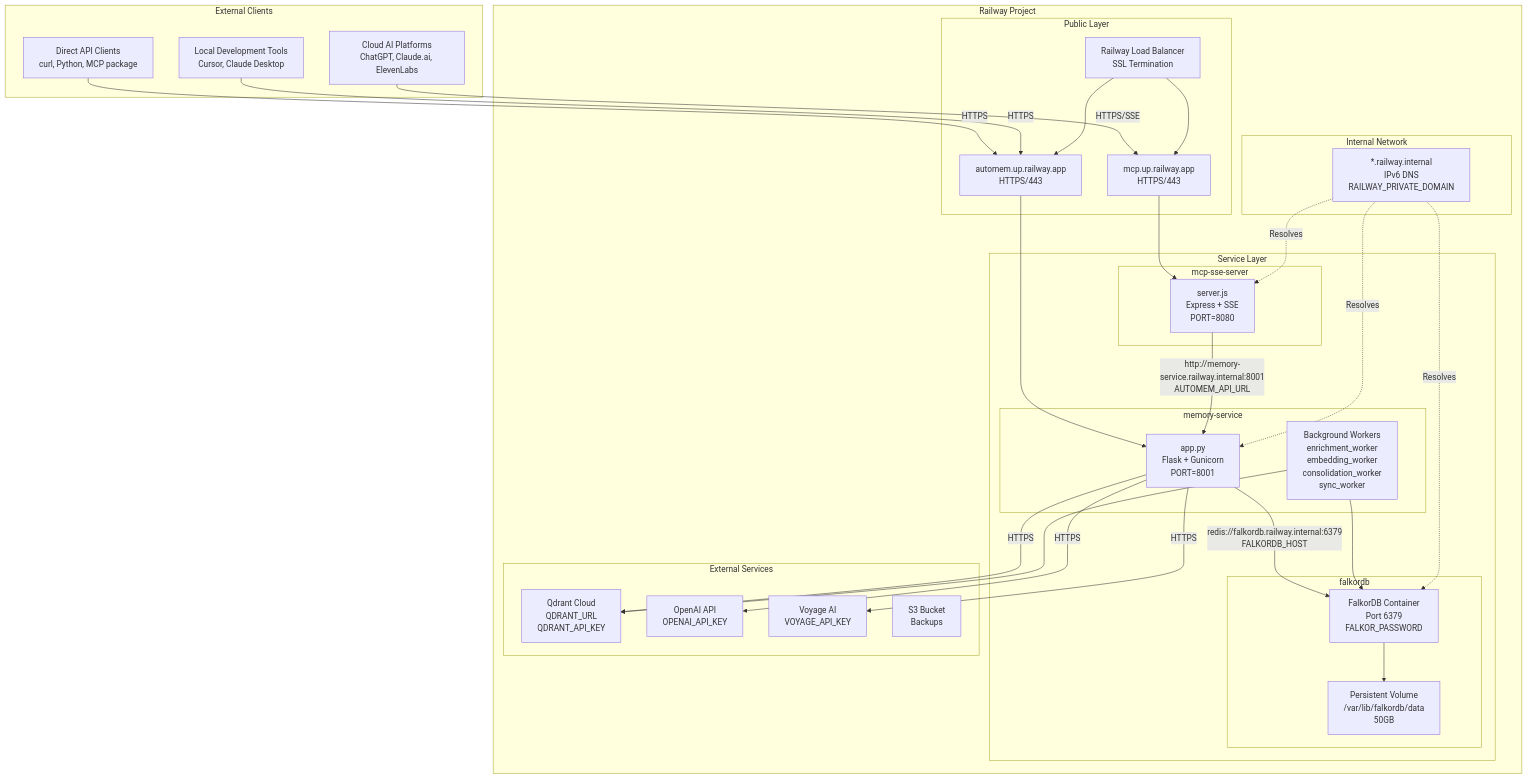
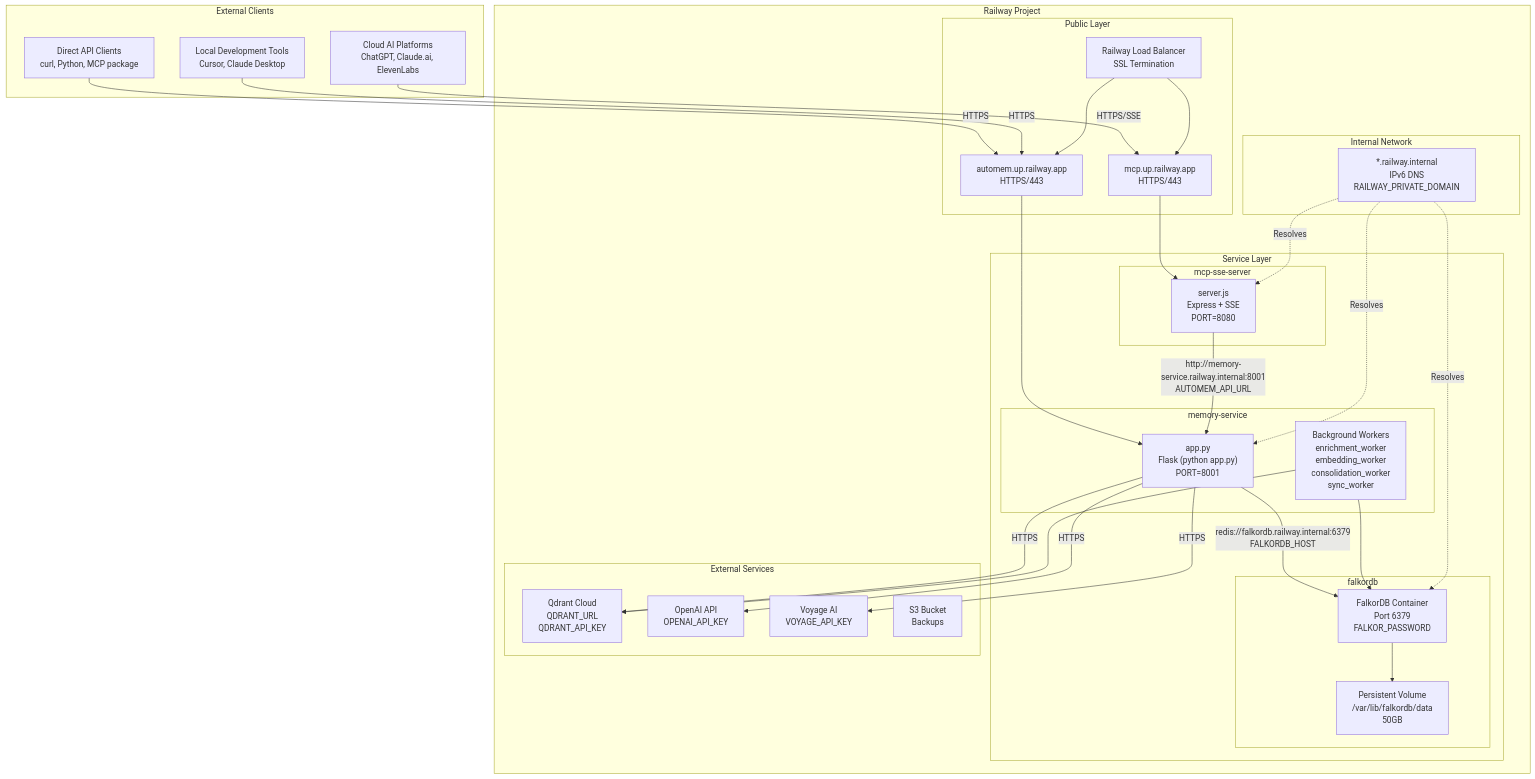
Before and after one commit to verygoodplugins/automem-website: the first of 3 diagrams in src/content/docs/docs/deployment/railway.md, drawn with Mermaid. The commit also changed other lines of this file, not shown here.

````diff
--- a/src/content/docs/docs/deployment/railway.md
+++ b/src/content/docs/docs/deployment/railway.md
@@ -18,68 +18,68 @@
 ```mermaid
 graph TB
     subgraph internet["External Clients"]
         DirectAPI["Direct API Clients<br/>curl, Python, MCP package"]
         CloudAI["Cloud AI Platforms<br/>ChatGPT, Claude.ai, ElevenLabs"]
         LocalTools["Local Development Tools<br/>Cursor, Claude Desktop"]
     end
 
     subgraph railway["Railway Project"]
         subgraph public["Public Layer"]
             Domain1["automem.up.railway.app<br/>HTTPS/443"]
             Domain2["mcp.up.railway.app<br/>HTTPS/443"]
             LB["Railway Load Balancer<br/>SSL Termination"]
         end
 
         subgraph services["Service Layer"]
             subgraph api["memory-service"]
-                FlaskApp["app.py<br/>Flask + Gunicorn<br/>PORT=8001"]
+                FlaskApp["app.py<br/>Flask (python app.py)<br/>PORT=8001"]
                 Workers["Background Workers<br/>enrichment_worker<br/>embedding_worker<br/>consolidation_worker<br/>sync_worker"]
             end
 
             subgraph mcp["mcp-sse-server"]
                 MCPBridge["server.js<br/>Express + SSE<br/>PORT=8080"]
             end
 
             subgraph db["falkordb"]
                 FalkorDB["FalkorDB Container<br/>Port 6379<br/>FALKOR_PASSWORD"]
                 Volume["Persistent Volume<br/>/var/lib/falkordb/data<br/>50GB"]
             end
         end
 
         subgraph networking["Internal Network"]
             DNS["*.railway.internal<br/>IPv6 DNS<br/>RAILWAY_PRIVATE_DOMAIN"]
         end
 
         subgraph external["External Services"]
             Qdrant["Qdrant Cloud<br/>QDRANT_URL<br/>QDRANT_API_KEY"]
             OpenAI["OpenAI API<br/>OPENAI_API_KEY"]
             Voyage["Voyage AI<br/>VOYAGE_API_KEY"]
             S3["S3 Bucket<br/>Backups"]
         end
     end
 
     DirectAPI -->|HTTPS| Domain1
     CloudAI -->|HTTPS/SSE| Domain2
     LocalTools -->|HTTPS| Domain1
 
     LB --> Domain1
     LB --> Domain2
     Domain1 --> FlaskApp
     Domain2 --> MCPBridge
 
     MCPBridge -->|"http://memory-service.railway.internal:8001<br/>AUTOMEM_API_URL"| FlaskApp
 
     FlaskApp -->|"redis://falkordb.railway.internal:6379<br/>FALKORDB_HOST"| FalkorDB
     FlaskApp -->|HTTPS| Qdrant
     FlaskApp -->|HTTPS| OpenAI
     FlaskApp -->|HTTPS| Voyage
 
     Workers --> FalkorDB
     Workers --> Qdrant
 
     FalkorDB --> Volume
 
     DNS -.->|Resolves| FlaskApp
     DNS -.->|Resolves| MCPBridge
     DNS -.->|Resolves| FalkorDB
 ```
````
